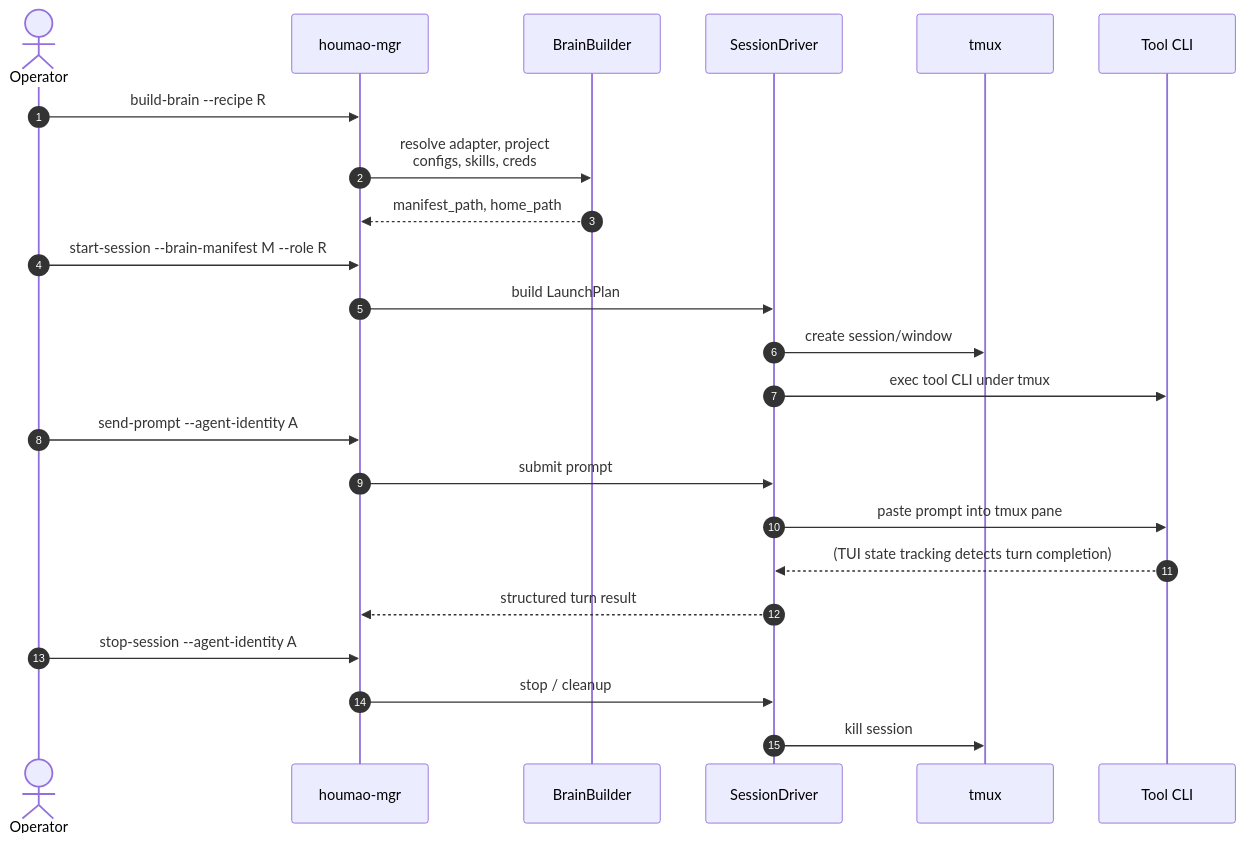
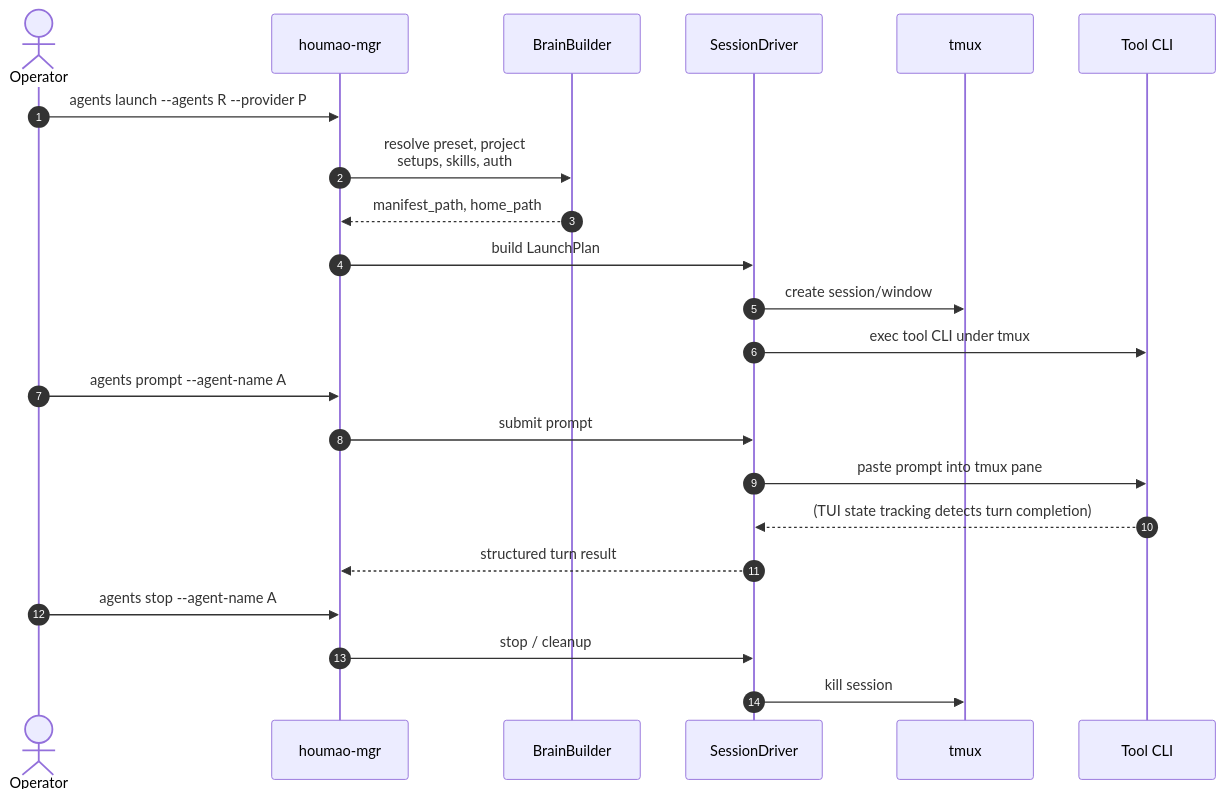
Before and after one commit to igamenovoer/houmao: the third of 3 diagrams in README.md, drawn with Mermaid. The commit also changed other lines of this file and 34 other files, not shown here.

````diff
--- a/README.md
+++ b/README.md
@@ -455,29 +440,28 @@
 ```mermaid
 sequenceDiagram
     autonumber
     actor Op as Operator
     participant Mgr as houmao-mgr
     participant Bld as BrainBuilder
     participant Drv as SessionDriver
     participant Tmux as tmux
     participant Tool as Tool CLI
 
-    Op->>Mgr: build-brain --recipe R
-    Mgr->>Bld: resolve adapter, project<br/>configs, skills, creds
+    Op->>Mgr: agents launch --agents R --provider P
+    Mgr->>Bld: resolve preset, project<br/>setups, skills, auth
     Bld-->>Mgr: manifest_path, home_path
 
-    Op->>Mgr: start-session --brain-manifest M --role R
     Mgr->>Drv: build LaunchPlan
     Drv->>Tmux: create session/window
     Drv->>Tool: exec tool CLI under tmux
 
-    Op->>Mgr: send-prompt --agent-identity A
+    Op->>Mgr: agents prompt --agent-name A
     Mgr->>Drv: submit prompt
     Drv->>Tool: paste prompt into tmux pane
     Tool-->>Drv: (TUI state tracking detects turn completion)
     Drv-->>Mgr: structured turn result
 
-    Op->>Mgr: stop-session --agent-identity A
+    Op->>Mgr: agents stop --agent-name A
     Mgr->>Drv: stop / cleanup
     Drv->>Tmux: kill session
 ```
````
